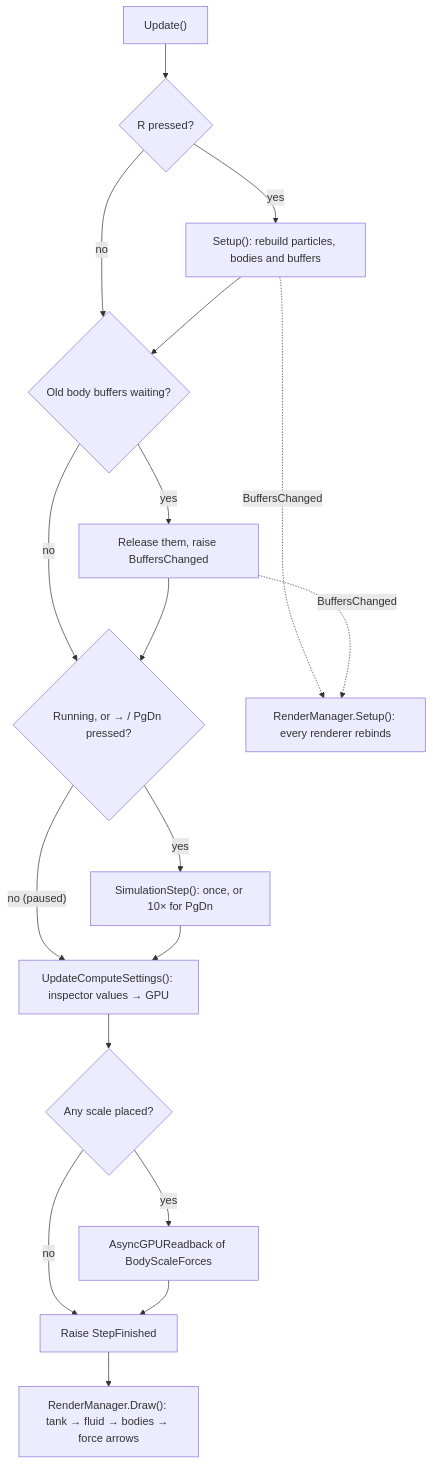
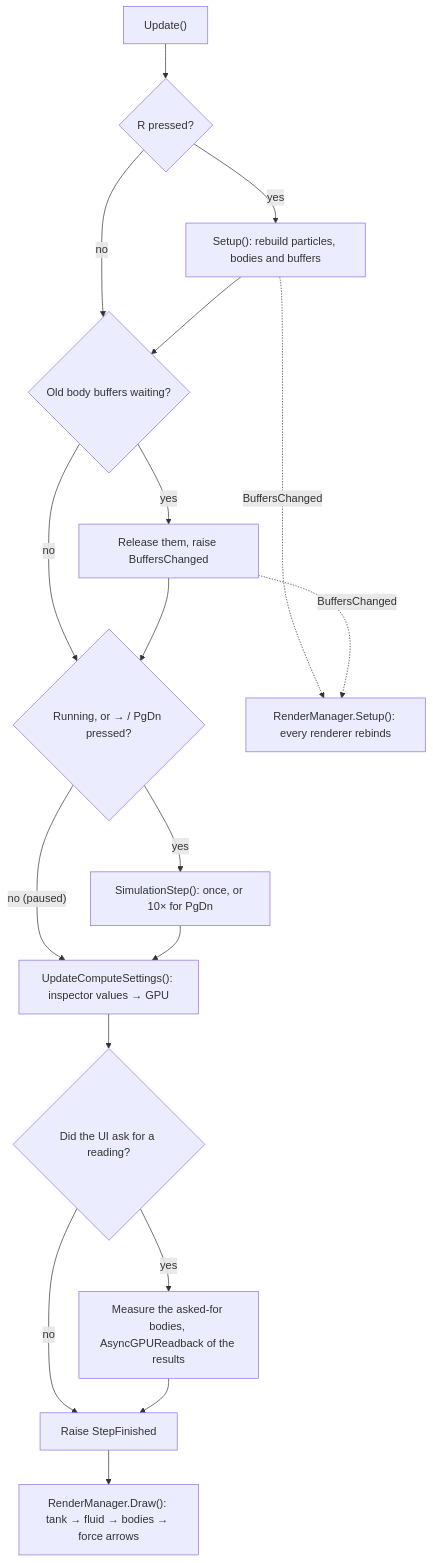
The first of 4 diagrams in docs/ARCHITECTURE.md (Wania8462/Physics-fluid-practicals-simulation), drawn with Mermaid before and after one commit. The commit also changed other lines of this file and 21 other files, not shown here.

````diff
--- a/docs/ARCHITECTURE.md
+++ b/docs/ARCHITECTURE.md
@@ -31,21 +31,21 @@
 ```mermaid
 flowchart TD
     U["Update()"] --> R{"R pressed?"}
     R -- yes --> S["Setup(): rebuild particles, bodies and buffers"]
     R -- no --> O
     S --> O{"Old body buffers waiting?"}
     O -- yes --> REL["Release them, raise BuffersChanged"]
     O -- no --> P
     REL --> P{"Running, or → / PgDn pressed?"}
     P -- "yes" --> STEP["SimulationStep(): once, or 10× for PgDn"]
     P -- "no (paused)" --> CS
     STEP --> CS["UpdateComputeSettings(): inspector values → GPU"]
-    CS --> SC{"Any scale placed?"}
-    SC -- yes --> RB["AsyncGPUReadback of BodyScaleForces"]
+    CS --> SC{"Did the UI ask for a reading?"}
+    SC -- yes --> RB["Measure the asked-for bodies, AsyncGPUReadback of the results"]
     SC -- no --> FIN
     RB --> FIN["Raise StepFinished"]
     FIN --> DRAW["RenderManager.Draw(): tank → fluid → bodies → force arrows"]
 
     S -. "BuffersChanged" .-> RS["RenderManager.Setup(): every renderer rebinds"]
     REL -. "BuffersChanged" .-> RS
 ```
````
